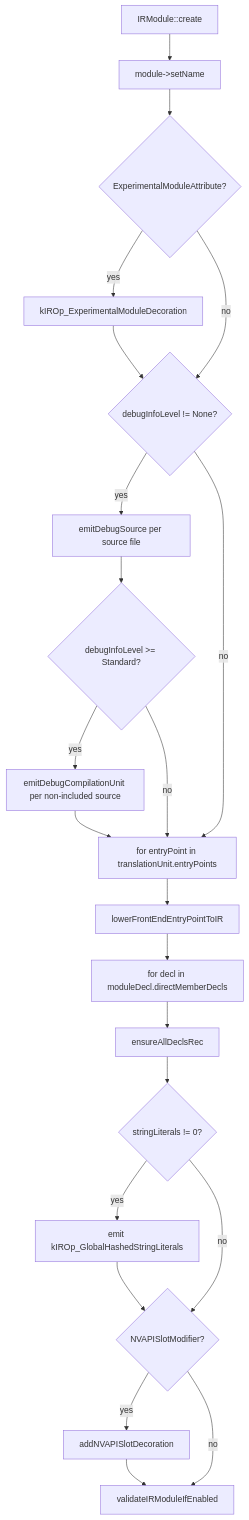
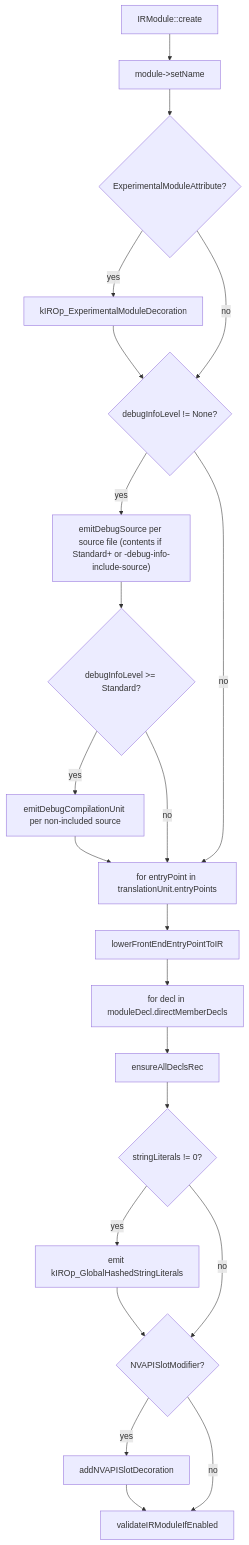
Before and after one commit to shader-slang/slang: the second of 6 diagrams in docs/generated/design/pipeline/04b-pre-link-passes.md, drawn with Mermaid. The commit also changed other lines of this file and 176 other files, not shown here.

````diff
--- a/docs/generated/design/pipeline/04b-pre-link-passes.md
+++ b/docs/generated/design/pipeline/04b-pre-link-passes.md
@@ -86,34 +91,34 @@
 ```mermaid
 flowchart TD
   mc[IRModule::create]
   setName[module->setName]
   expGate{ExperimentalModuleAttribute?}
   expDec["kIROp_ExperimentalModuleDecoration"]
   diGate{"debugInfoLevel != None?"}
-  emitDS["emitDebugSource per source file"]
+  emitDS["emitDebugSource per source file (contents if Standard+ or -debug-info-include-source)"]
   stdGate{"debugInfoLevel >= Standard?"}
   emitDCU["emitDebugCompilationUnit per non-included source"]
   epLoop["for entryPoint in translationUnit.entryPoints"]
   lfeep[lowerFrontEndEntryPointToIR]
   declLoop["for decl in moduleDecl.directMemberDecls"]
   eadr[ensureAllDeclsRec]
   slGate{stringLiterals != 0?}
   ghsl["emit kIROp_GlobalHashedStringLiterals"]
   nvGate{NVAPISlotModifier?}
   nvDec[addNVAPISlotDecoration]
   vMod[validateIRModuleIfEnabled]
 
   mc --> setName --> expGate
   expGate -- yes --> expDec --> diGate
   expGate -- no --> diGate
   diGate -- yes --> emitDS --> stdGate
   stdGate -- yes --> emitDCU --> epLoop
   stdGate -- no --> epLoop
   diGate -- no --> epLoop
   epLoop --> lfeep --> declLoop
   declLoop --> eadr --> slGate
   slGate -- yes --> ghsl --> nvGate
   slGate -- no --> nvGate
   nvGate -- yes --> nvDec --> vMod
   nvGate -- no --> vMod
 ```
````
